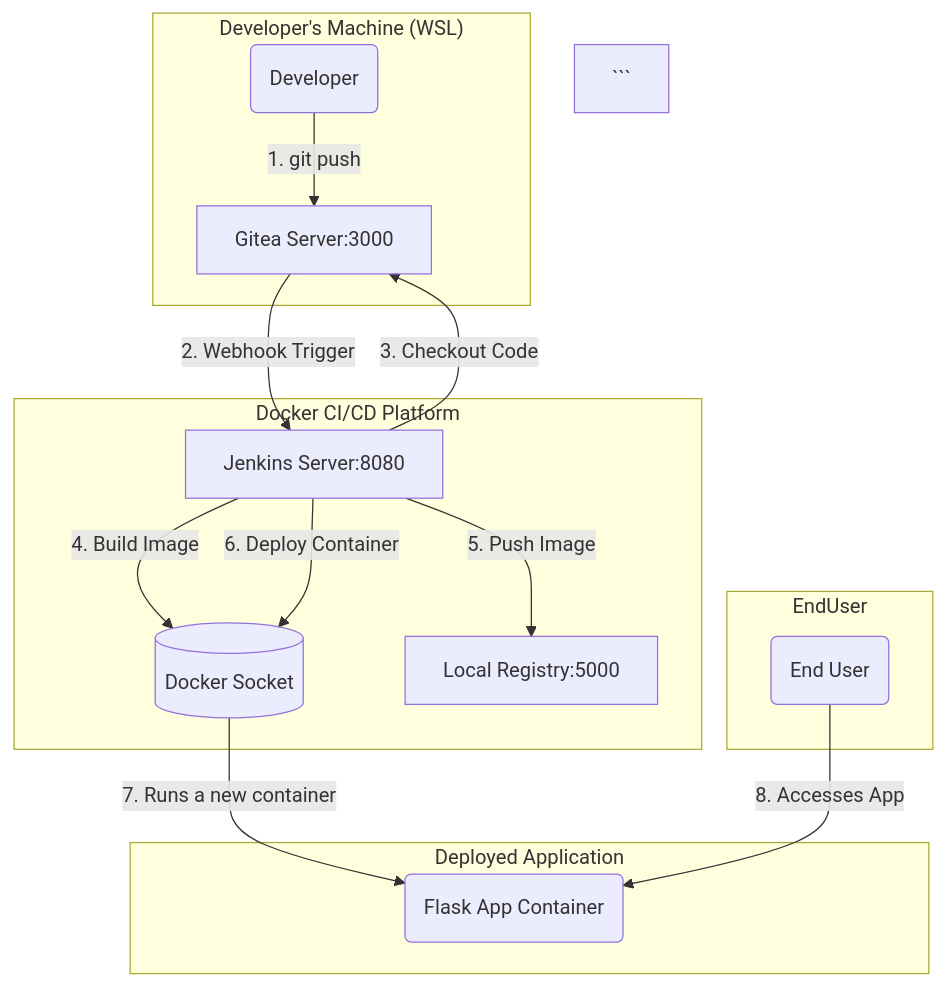
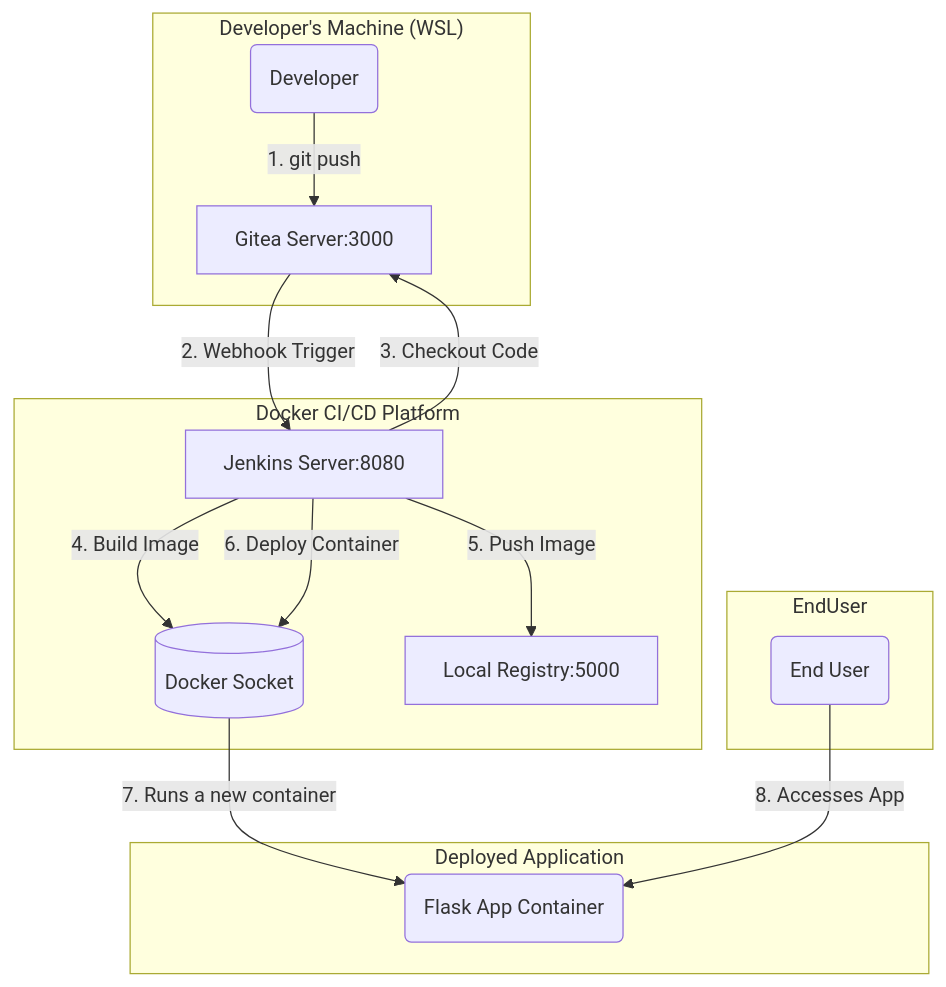
The diagram in README.md (YogeshT22/end-to-end-ci-cd-jenkins-docker), drawn with Mermaid before and after one commit. The commit also changed other lines of this file, not shown here.

````diff
--- a/README.md
+++ b/README.md
@@ -30,23 +30,22 @@
 ```mermaid
 graph TD
     subgraph "Developer's Machine (WSL)"
         Dev(Developer) -- "1. git push" --> Gitea[Gitea Server:3000];
     end
 
     subgraph "Docker CI/CD Platform"
         Gitea -- "2. Webhook Trigger" --> Jenkins[Jenkins Server:8080];
         Jenkins -- "3. Checkout Code" --> Gitea;
         Jenkins -- "4. Build Image" --> DockerSocket[(Docker Socket)];
         Jenkins -- "5. Push Image" --> Registry[Local Registry:5000];
         Jenkins -- "6. Deploy Container" --> DockerSocket;
     end
 
     subgraph "Deployed Application"
         DockerSocket -- "7. Runs a new container" --> DeployedApp(Flask App Container);
     end
 
     subgraph "EndUser"
         User(End User) -- "8. Accesses App" --> DeployedApp;
-    end
-    ``` 
+    end  
 ```
````
